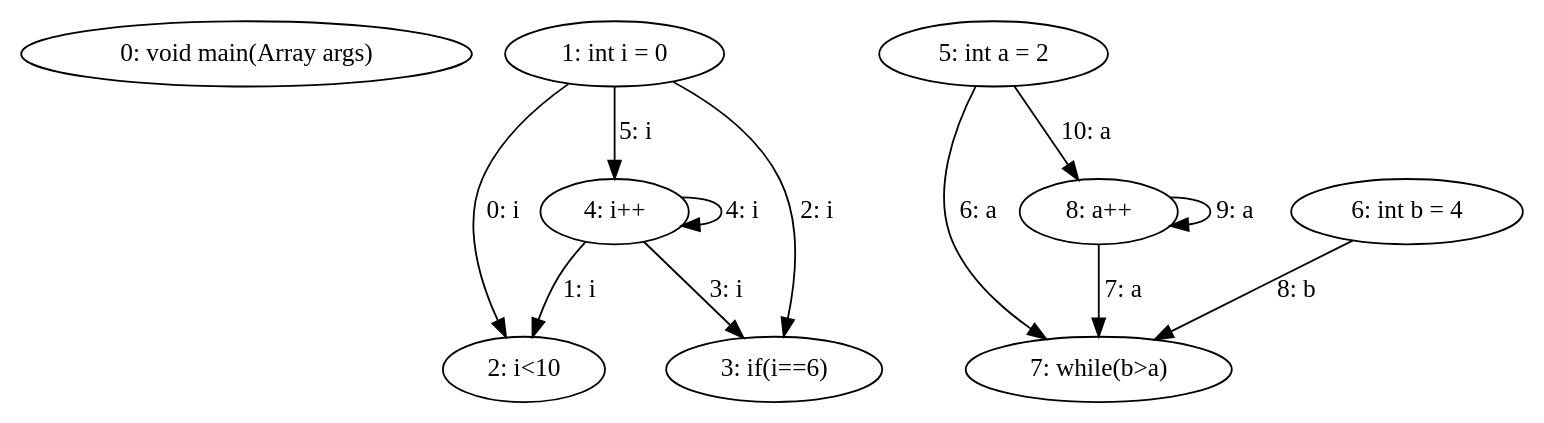
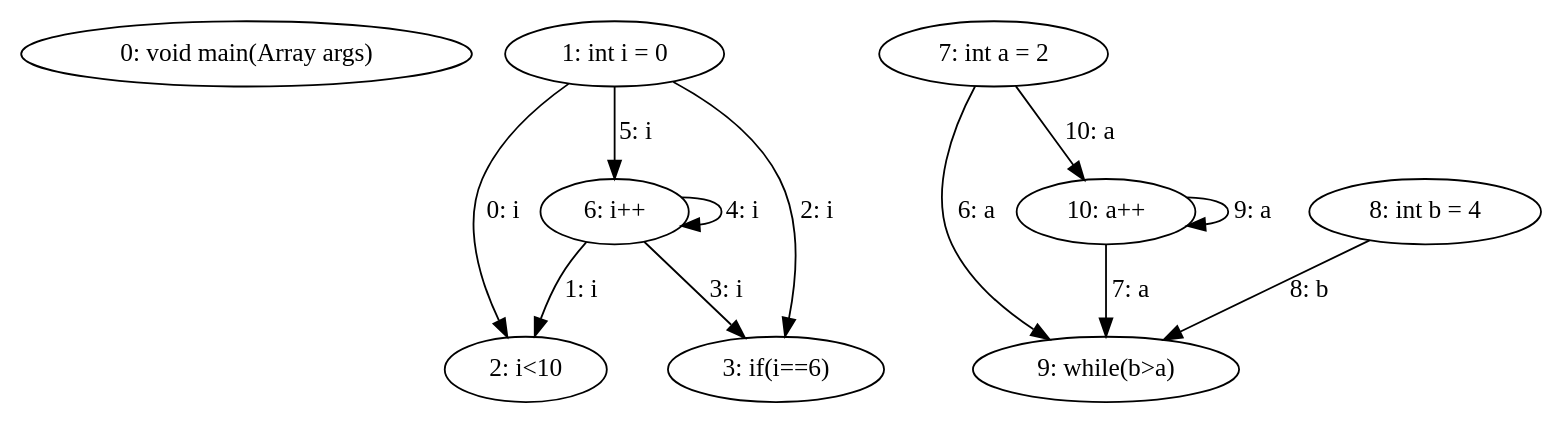
One commit to DominguesGM/comp_astanalyze changed the diagram in export/forbreak_example_dfg.dot. Above: the diagram before and after it, drawn with Graphviz. The commit also changed 5 other files, not shown here.

```diff
--- a/export/forbreak_example_dfg.dot
+++ b/export/forbreak_example_dfg.dot
@@ -1,22 +1,22 @@
 digraph G {
   1 [ label="0: void main(Array args)" ];
   2 [ label="1: int i = 0" ];
   3 [ label="2: i<10" ];
   4 [ label="3: if(i==6)" ];
-  5 [ label="4: i++" ];
-  6 [ label="5: int a = 2" ];
-  7 [ label="6: int b = 4" ];
-  8 [ label="7: while(b>a)" ];
-  9 [ label="8: a++" ];
+  5 [ label="6: i++" ];
+  6 [ label="7: int a = 2" ];
+  7 [ label="8: int b = 4" ];
+  8 [ label="9: while(b>a)" ];
+  9 [ label="10: a++" ];
   2 -> 3 [ label="0: i" ];
   5 -> 3 [ label="1: i" ];
   2 -> 4 [ label="2: i" ];
   5 -> 4 [ label="3: i" ];
   5 -> 5 [ label="4: i" ];
   2 -> 5 [ label="5: i" ];
   6 -> 8 [ label="6: a" ];
   9 -> 8 [ label="7: a" ];
   7 -> 8 [ label="8: b" ];
   9 -> 9 [ label="9: a" ];
   6 -> 9 [ label="10: a" ];
 }
```
